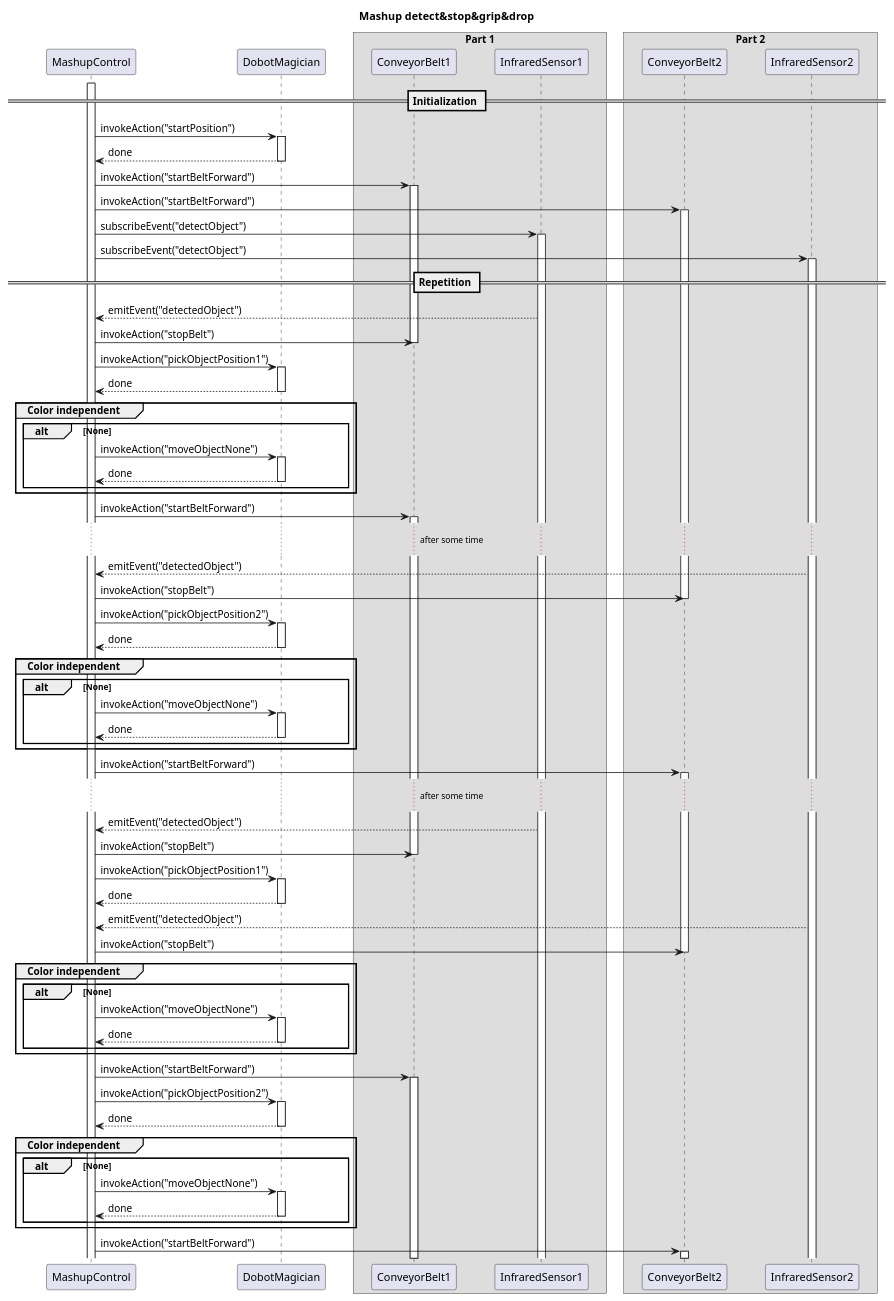
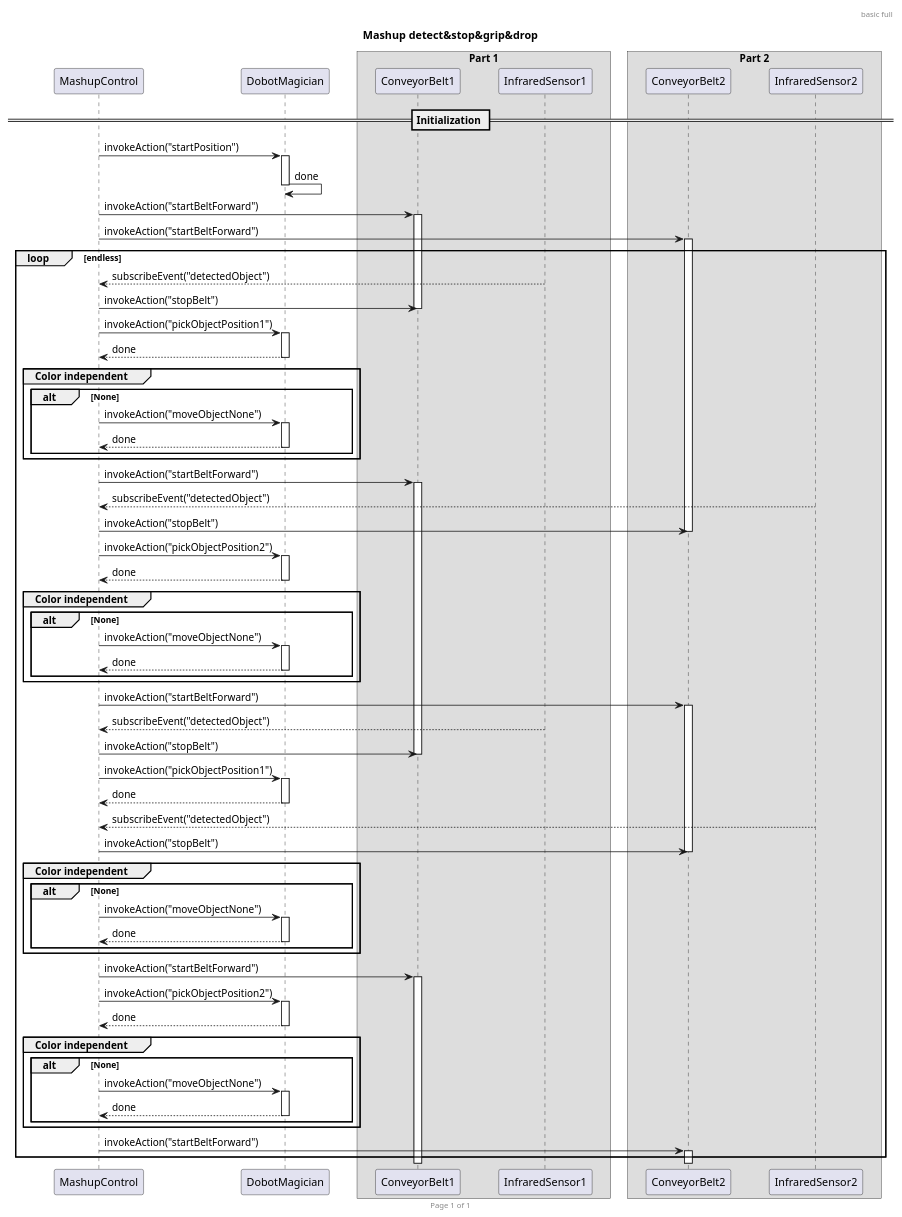
One commit to tum-esi/wot-sys changed the diagram in SequenceDiagrams/SequenceDiagramUML_mashup_detect_stop_grip_drop.wsd. Above: the diagram before and after it, drawn with PlantUML.

Commit message:
Replace SequenceDiagramUML_mashup_detect_stop_grip_drop.wsd

```diff
--- a/SequenceDiagrams/SequenceDiagramUML_mashup_detect_stop_grip_drop.wsd
+++ b/SequenceDiagrams/SequenceDiagramUML_mashup_detect_stop_grip_drop.wsd
@@ -1,121 +1,115 @@
 @startuml
+header basic full
+footer Page %page% of %lastpage%
 
 title Mashup detect&stop&grip&drop
 
 skinparam ParticipantPadding 20
 skinparam BoxPadding 10
 
 participant MashupControl as MC
 participant DobotMagician as DM
 
 box "Part 1"
 participant ConveyorBelt1 as CB1
 participant InfraredSensor1 as IS1
 end box
 
 box "Part 2"
 participant ConveyorBelt2 as CB2
 participant InfraredSensor2 as IS2
 end box
 
 
 == Initialization ==
 
-activate MC
-
 MC -> DM: invokeAction("startPosition")
 activate DM
-MC <-- DM: done
+DM -> DM: done
 deactivate DM
 
 MC -> CB1: invokeAction("startBeltForward")
 activate CB1
 MC -> CB2: invokeAction("startBeltForward")
 activate CB2
 
-MC -> IS1: subscribeEvent("detectObject")
-activate IS1
+loop endless
 
-MC -> IS2: subscribeEvent("detectObject")
-activate IS2
-
-== Repetition ==
-
-MC <-- IS1: emitEvent("detectedObject")
+MC <-- IS1: subscribeEvent("detectedObject")
 MC -> CB1: invokeAction("stopBelt")
 deactivate CB1
 MC -> DM: invokeAction("pickObjectPosition1")
 activate DM
 MC <-- DM: done
 deactivate DM
 group Color independent
 alt None
 MC -> DM: invokeAction("moveObjectNone")
 activate DM
 MC <-- DM: done
 deactivate DM
 end
 end
 MC -> CB1: invokeAction("startBeltForward")
 activate CB1
 
-... after some time ...
 
-MC <-- IS2: emitEvent("detectedObject")
+MC <-- IS2: subscribeEvent("detectedObject")
 MC -> CB2: invokeAction("stopBelt")
 deactivate CB2
 MC -> DM: invokeAction("pickObjectPosition2")
 activate DM
 MC <-- DM: done
 deactivate DM
 group Color independent
 alt None
 MC -> DM: invokeAction("moveObjectNone")
 activate DM
 MC <-- DM: done
 deactivate DM
 end
 end
 MC -> CB2: invokeAction("startBeltForward")
 activate CB2
 
-... after some time ...
-
-MC <-- IS1: emitEvent("detectedObject")
+MC <-- IS1: subscribeEvent("detectedObject")
 MC -> CB1: invokeAction("stopBelt")
 deactivate CB1
 MC -> DM: invokeAction("pickObjectPosition1")
 activate DM
 MC <-- DM: done
 deactivate DM
 
-MC <-- IS2: emitEvent("detectedObject")
+MC <-- IS2: subscribeEvent("detectedObject")
 MC -> CB2: invokeAction("stopBelt")
 deactivate CB2
 
 group Color independent
 alt None
 MC -> DM: invokeAction("moveObjectNone")
 activate DM
 MC <-- DM: done
 deactivate DM
 end
 end
 MC -> CB1: invokeAction("startBeltForward")
 activate CB1
 
 MC -> DM: invokeAction("pickObjectPosition2")
 activate DM
 MC <-- DM: done
 deactivate DM
 group Color independent
 alt None
 MC -> DM: invokeAction("moveObjectNone")
 activate DM
 MC <-- DM: done
 deactivate DM
 end
 end
 MC -> CB2: invokeAction("startBeltForward")
 activate CB2
+
+end 
+
 @enduml
```
